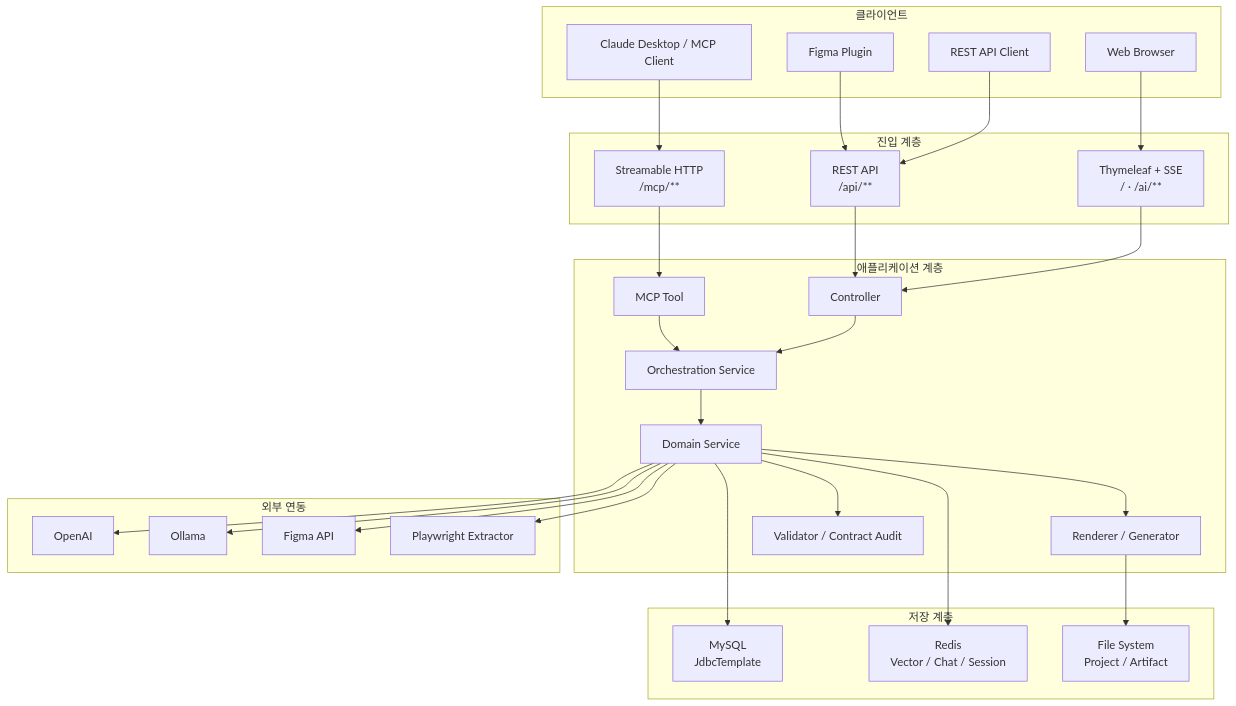
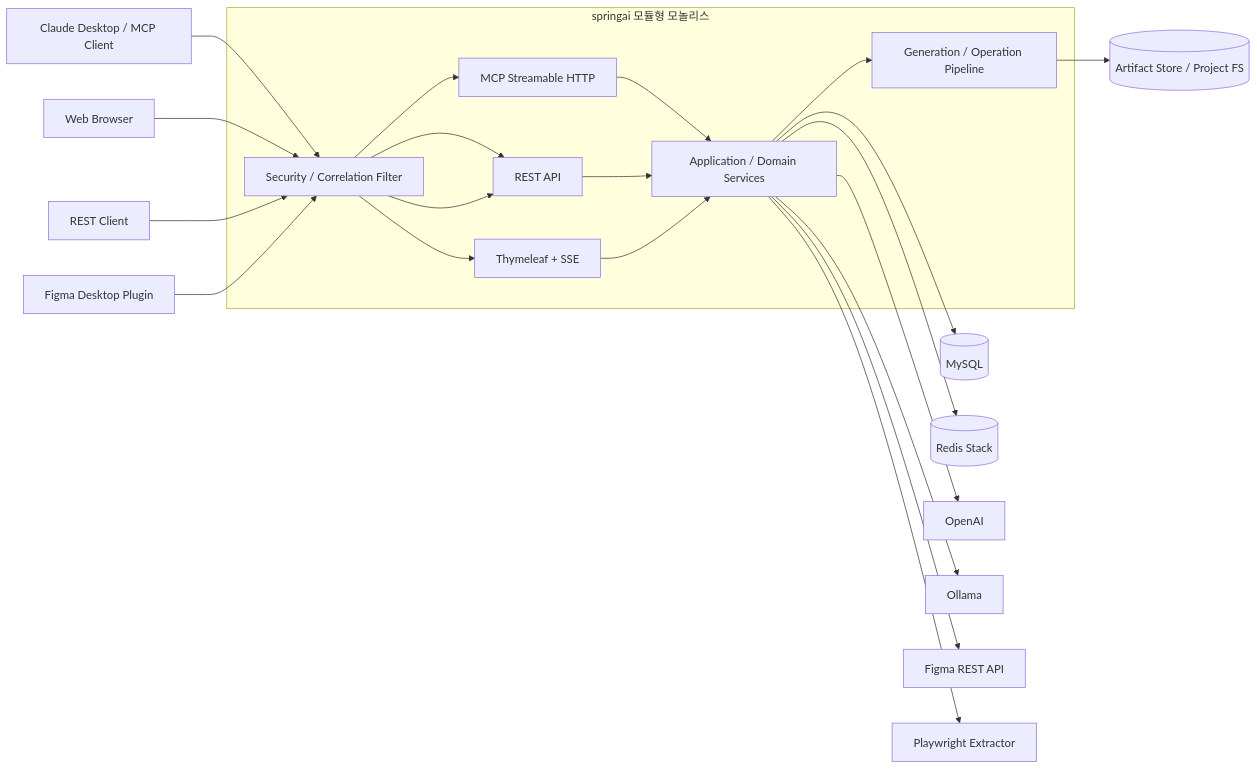
One commit to Jeong-daeseop/springai changed the first of 6 diagrams in docs/architecture/SpringAI_프로젝트_전체_아키텍처_분석.md. Above: the diagram before and after it, drawn with Mermaid. The commit also changed other lines of this file and 1 other file, not shown here.

Commit message:
docs: 전체 아키텍처 분석과 다이어그램 갱신

````diff
--- a/docs/architecture/SpringAI_프로젝트_전체_아키텍처_분석.md
+++ b/docs/architecture/SpringAI_프로젝트_전체_아키텍처_분석.md
@@ -21,59 +64,40 @@
 ```mermaid
-flowchart TB
-    subgraph Client["클라이언트"]
-        MCP_CLIENT["Claude Desktop / MCP Client"]
-        BROWSER["Web Browser"]
-        FIGMA_PLUGIN["Figma Plugin"]
-        API_CLIENT["REST API Client"]
+flowchart LR
+    Claude[Claude Desktop / MCP Client]
+    Browser[Web Browser]
+    RestClient[REST Client]
+    FigmaDesktop[Figma Desktop Plugin]
+
+    subgraph App[springai 모듈형 모놀리스]
+        Security[Security / Correlation Filter]
+        MCP[MCP Streamable HTTP]
+        REST[REST API]
+        WEB[Thymeleaf + SSE]
+        Services[Application / Domain Services]
+        Pipeline[Generation / Operation Pipeline]
     end
 
-    subgraph Entry["진입 계층"]
-        MCP["Streamable HTTP<br/>/mcp/**"]
-        REST["REST API<br/>/api/**"]
-        WEB["Thymeleaf + SSE<br/>/ · /ai/**"]
-    end
+    MySQL[(MySQL)]
+    Redis[(Redis Stack)]
+    Artifact[(Artifact Store / Project FS)]
+    OpenAI[OpenAI]
+    Ollama[Ollama]
+    FigmaAPI[Figma REST API]
+    Extractor[Playwright Extractor]
 
-    subgraph Application["애플리케이션 계층"]
-        TOOL["MCP Tool"]
-        CONTROLLER["Controller"]
-        ORCHESTRATOR["Orchestration Service"]
-        DOMAIN["Domain Service"]
-        RENDERER["Renderer / Generator"]
-        VALIDATOR["Validator / Contract Audit"]
-    end
-
-    subgraph Storage["저장 계층"]
-        MYSQL["MySQL<br/>JdbcTemplate"]
-        REDIS["Redis<br/>Vector / Chat / Session"]
-        FILE["File System<br/>Project / Artifact"]
-    end
-
-    subgraph External["외부 연동"]
-        OPENAI["OpenAI"]
-        OLLAMA["Ollama"]
-        FIGMA_API["Figma API"]
-        EXTRACTOR["Playwright Extractor"]
-    end
-
-    MCP_CLIENT --> MCP
-    BROWSER --> WEB
-    FIGMA_PLUGIN --> REST
-    API_CLIENT --> REST
-
-    MCP --> TOOL
-    REST --> CONTROLLER
-    WEB --> CONTROLLER
-    TOOL --> ORCHESTRATOR
-    CONTROLLER --> ORCHESTRATOR
-    ORCHESTRATOR --> DOMAIN
-    DOMAIN --> RENDERER
-    DOMAIN --> VALIDATOR
-
-    DOMAIN --> MYSQL
-    DOMAIN --> REDIS
-    RENDERER --> FILE
-    DOMAIN --> OPENAI
-    DOMAIN --> OLLAMA
-    DOMAIN --> FIGMA_API
-    DOMAIN --> EXTRACTOR
+    Claude --> Security --> MCP
+    Browser --> Security --> WEB
+    RestClient --> Security --> REST
+    FigmaDesktop --> Security --> REST
+    MCP --> Services
+    REST --> Services
+    WEB --> Services
+    Services --> Pipeline
+    Services --> MySQL
+    Services --> Redis
+    Pipeline --> Artifact
+    Services --> OpenAI
+    Services --> Ollama
+    Services --> FigmaAPI
+    Services --> Extractor
 ```
````
